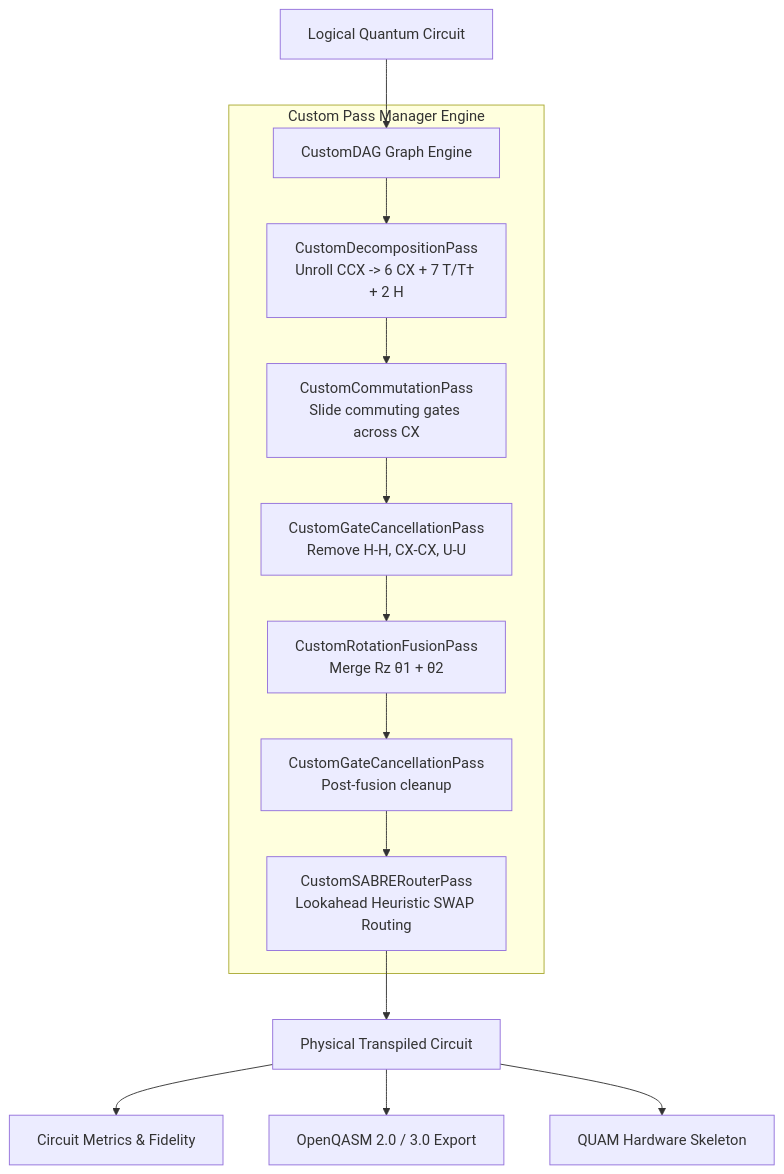
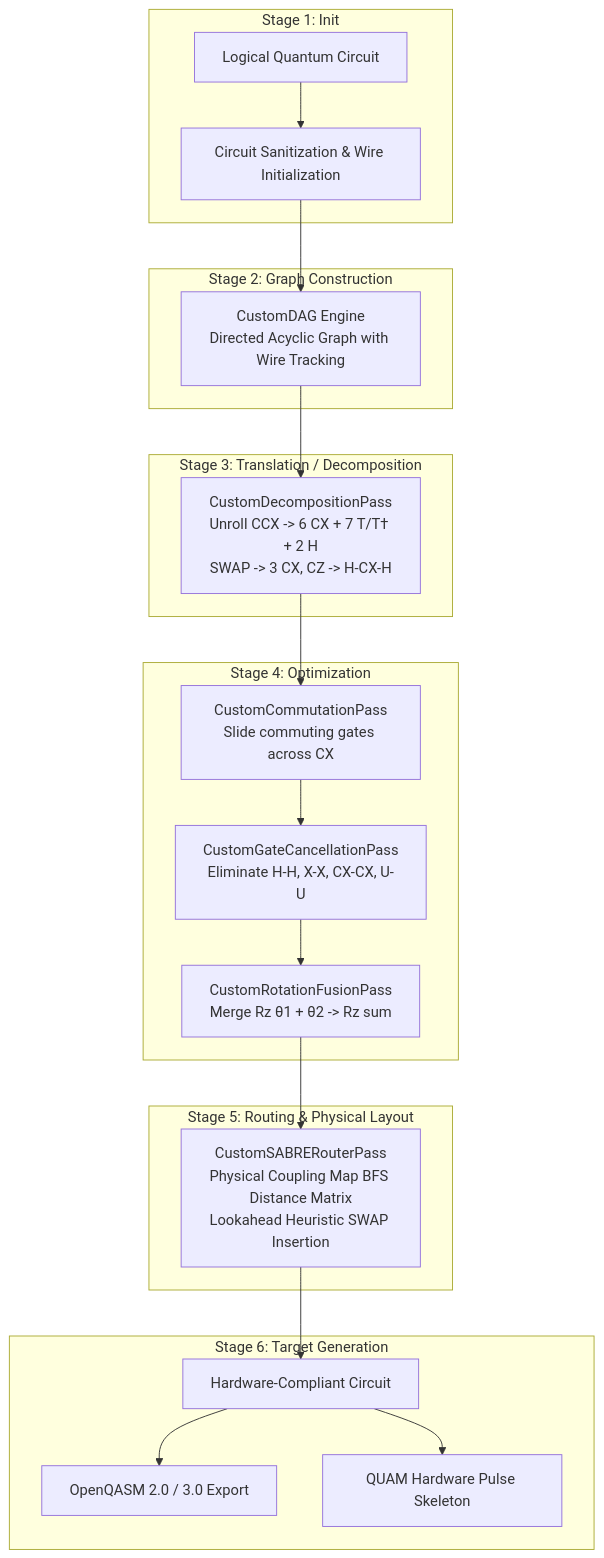
Before and after one commit to Babin123456/Quantum-Circuit-Optimizer: the diagram in README.md, drawn with Mermaid. The commit also changed other lines of this file, not shown here.

Commit message:
docs: revamp README as full open-source guide for from-scratch QuantumForge transpiler engine

````diff
--- a/README.md
+++ b/README.md
@@ -40,18 +40,30 @@
 ```mermaid
 flowchart TD
-    A[Logical Quantum Circuit] --> B[CustomDAG Graph Engine]
-    
-    subgraph CustomTranspiler [Custom Pass Manager Engine]
-        B --> C[CustomDecompositionPass\nUnroll CCX -> 6 CX + 7 T/T† + 2 H]
-        C --> D[CustomCommutationPass\nSlide commuting gates across CX]
-        D --> E[CustomGateCancellationPass\nRemove H-H, CX-CX, U-U]
-        E --> F[CustomRotationFusionPass\nMerge Rz θ1 + θ2]
-        F --> G[CustomGateCancellationPass\nPost-fusion cleanup]
-        G --> H[CustomSABRERouterPass\nLookahead Heuristic SWAP Routing]
+    subgraph S1 [Stage 1: Init]
+        A[Logical Quantum Circuit] --> B[Circuit Sanitization & Wire Initialization]
     end
-    
-    H --> I[Physical Transpiled Circuit]
-    I --> J1[Circuit Metrics & Fidelity]
-    I --> J2[OpenQASM 2.0 / 3.0 Export]
-    I --> J3[QUAM Hardware Skeleton]
+
+    subgraph S2 [Stage 2: Graph Construction]
+        B --> C[CustomDAG Engine\nDirected Acyclic Graph with Wire Tracking]
+    end
+
+    subgraph S3 [Stage 3: Translation / Decomposition]
+        C --> D[CustomDecompositionPass\nUnroll CCX -> 6 CX + 7 T/T† + 2 H\nSWAP -> 3 CX, CZ -> H-CX-H]
+    end
+
+    subgraph S4 [Stage 4: Optimization]
+        D --> E[CustomCommutationPass\nSlide commuting gates across CX]
+        E --> F[CustomGateCancellationPass\nEliminate H-H, X-X, CX-CX, U-U]
+        F --> G[CustomRotationFusionPass\nMerge Rz θ1 + θ2 -> Rz sum]
+    end
+
+    subgraph S5 [Stage 5: Routing & Physical Layout]
+        G --> H[CustomSABRERouterPass\nPhysical Coupling Map BFS Distance Matrix\nLookahead Heuristic SWAP Insertion]
+    end
+
+    subgraph S6 [Stage 6: Target Generation]
+        H --> I1[Hardware-Compliant Circuit]
+        I1 --> I2[OpenQASM 2.0 / 3.0 Export]
+        I1 --> I3[QUAM Hardware Pulse Skeleton]
+    end
 ```
````
